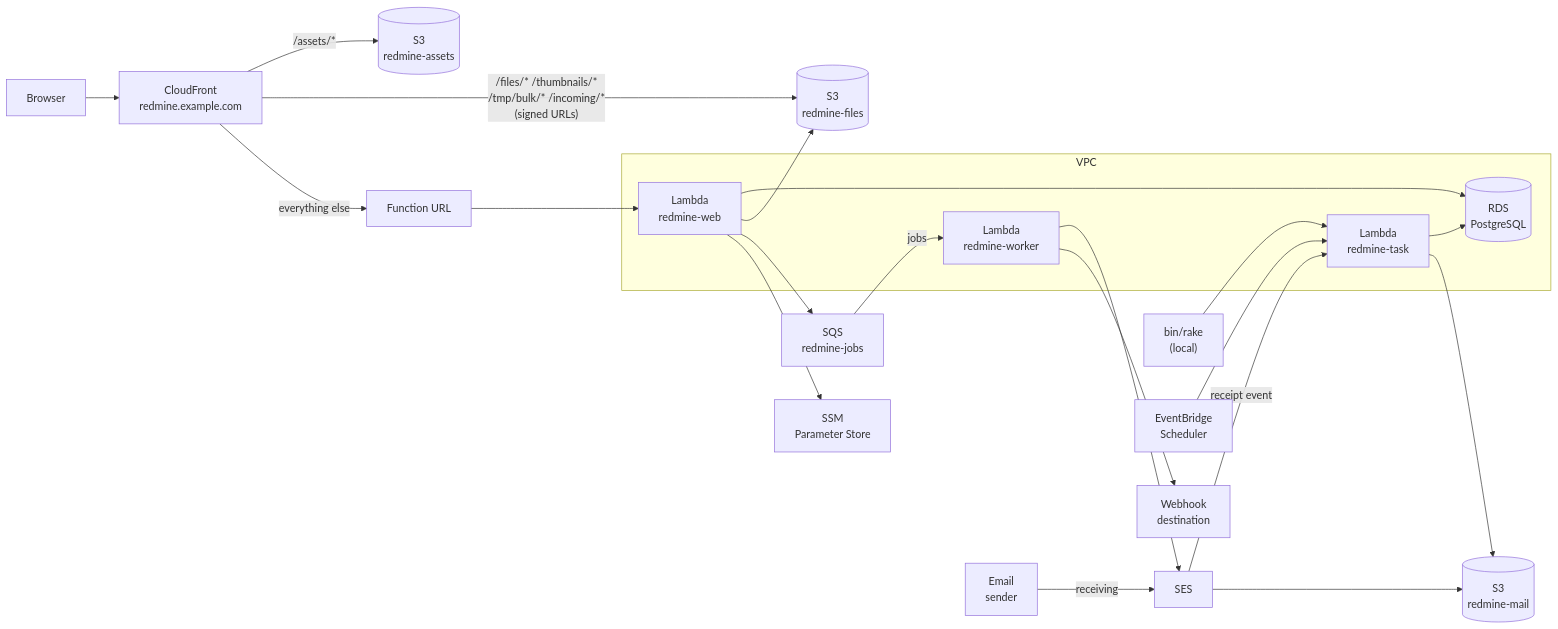
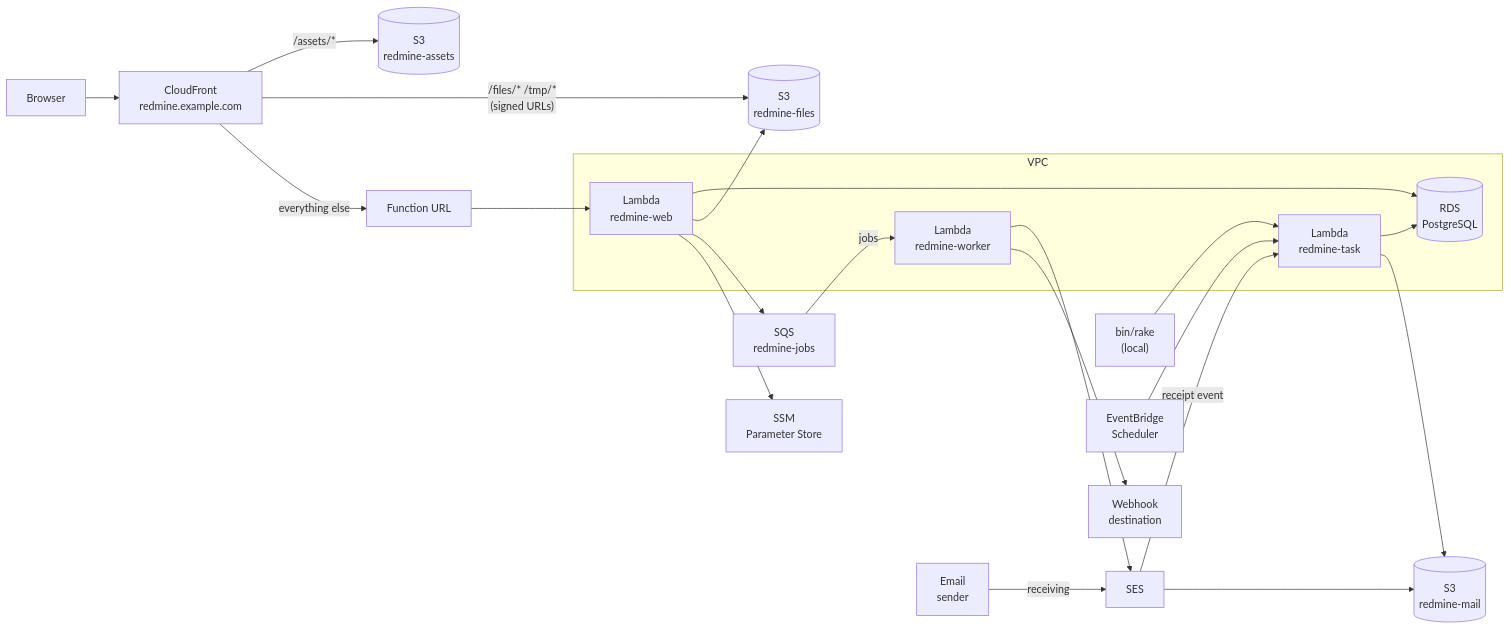
The diagram in docs/architecture.md (redmine-kit/serverless), drawn with Mermaid before and after one commit. The commit also changed other lines of this file and 13 other files, not shown here.

````diff
--- a/docs/architecture.md
+++ b/docs/architecture.md
@@ -17,41 +17,41 @@
 ```mermaid
 flowchart LR
   user["Browser"]
   sender["Email<br>sender"]
   cf["CloudFront<br>redmine.example.com"]
   url["Function URL"]
   assets[("S3<br>redmine-assets")]
   subgraph vpc["VPC"]
     app["Lambda<br>redmine-web"]
     worker["Lambda<br>redmine-worker"]
     task["Lambda<br>redmine-task"]
     rds[("RDS<br>PostgreSQL")]
   end
   sqs["SQS<br>redmine-jobs"]
   files[("S3<br>redmine-files")]
   mail[("S3<br>redmine-mail")]
   ses["SES"]
   ssm["SSM<br>Parameter Store"]
   ext["Webhook<br>destination"]
   cli["bin/rake<br>(local)"]
   sch["EventBridge<br>Scheduler"]
 
   user --> cf
   cf -- "/assets/*" --> assets
-  cf -- "/files/* /thumbnails/*<br>/tmp/bulk/* /incoming/*<br>(signed URLs)" --> files
+  cf -- "/files/* /tmp/*<br>(signed URLs)" --> files
   cf -- "everything else" --> url --> app
   app --> rds
   app --> files
   app --> sqs
   app --> ssm
   sqs -- "jobs" --> worker
   worker --> ses
   worker --> ext
   sender -- "receiving" --> ses
   ses --> mail
   ses -- "receipt event" --> task
   cli --> task
   sch --> task
   task --> rds
   task --> mail
 ```
````
